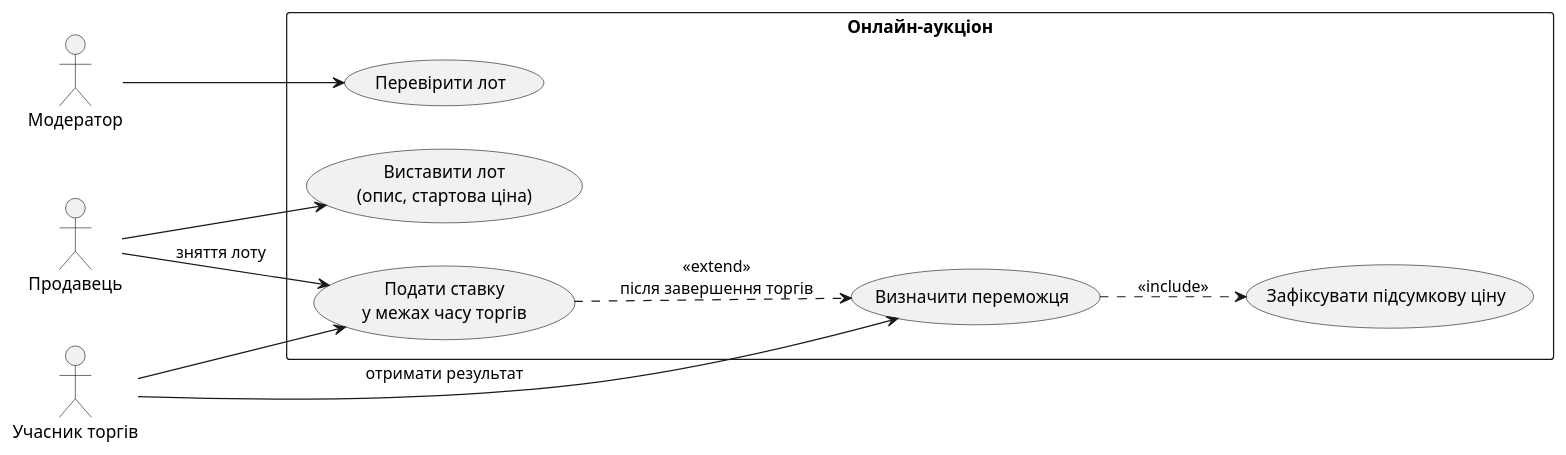
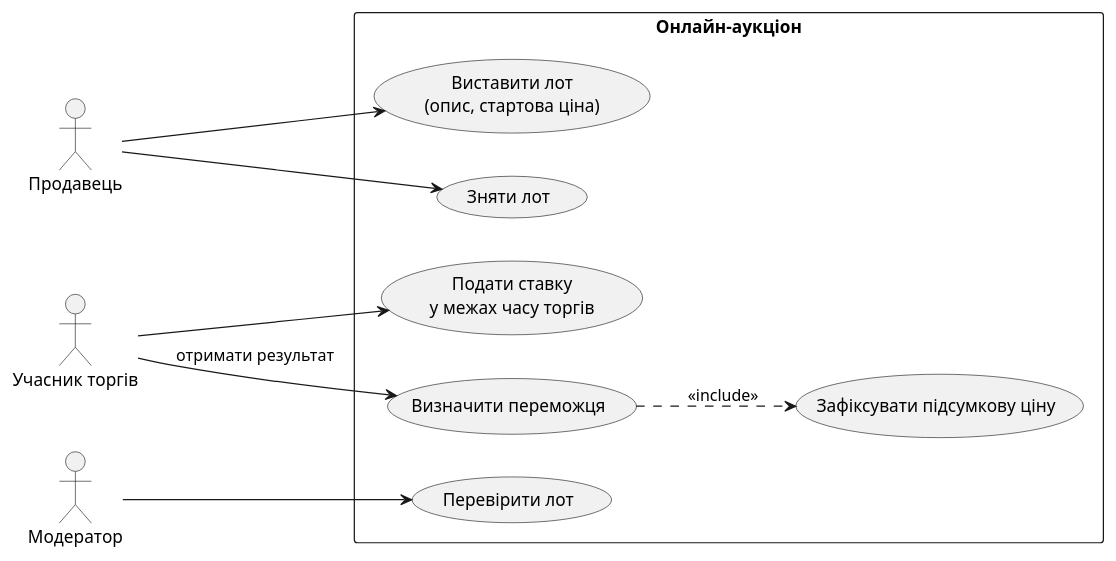
One commit to KitoragiVioleta/onlineauction changed the diagram in docs/usecase.puml. Above: the diagram before and after it, drawn with PlantUML. The commit also changed 3 other files, not shown here.

Commit message:
fix: correct use case, class and sequence diagrams

```diff
--- a/docs/usecase.puml
+++ b/docs/usecase.puml
@@ -1,25 +1,25 @@
 @startuml
 left to right direction
 skinparam packageStyle rectangle
 
 actor "Продавець" as Seller
 actor "Учасник торгів" as Bidder
 actor "Модератор" as Moderator
 
 rectangle "Онлайн-аукціон" {
   usecase "Виставити лот\n(опис, стартова ціна)" as UC_CreateLot
+  usecase "Зняти лот" as UC_WithdrawLot
   usecase "Перевірити лот" as UC_ReviewLot
   usecase "Подати ставку\nу межах часу торгів" as UC_PlaceBid
   usecase "Визначити переможця" as UC_DetermineWinner
   usecase "Зафіксувати підсумкову ціну" as UC_FinalPrice
 }
 
 Seller --> UC_CreateLot
-Seller --> UC_PlaceBid : зняття лоту
+Seller --> UC_WithdrawLot
 Moderator --> UC_ReviewLot
 Bidder --> UC_PlaceBid
 Bidder --> UC_DetermineWinner : отримати результат
 
 UC_DetermineWinner ..> UC_FinalPrice : <<include>>
-UC_PlaceBid ..> UC_DetermineWinner : <<extend>>\nпісля завершення торгів
 @enduml
```
